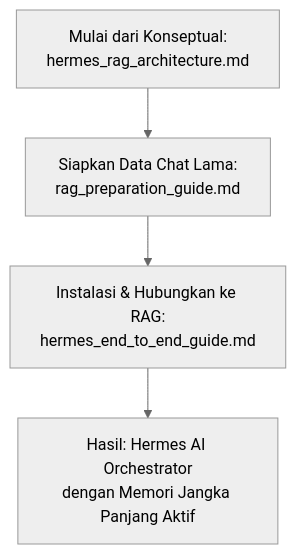
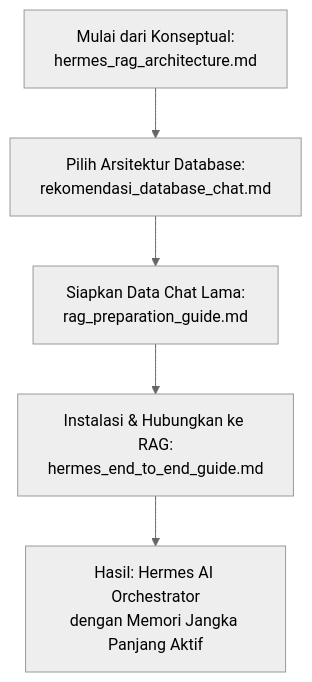
Before and after one commit to jovancamorris/hermes-knowledge: the diagram in README.md, drawn with Mermaid (neutral theme). The commit also changed other lines of this file and 1 other file, not shown here.

Commit message:
docs: add architectural theory and database selection guide to repository documentation

````diff
--- a/README.md
+++ b/README.md
@@ -29,6 +33,7 @@
 ```mermaid
 graph TD
-    A["Mulai dari Konseptual:<br/>hermes_rag_architecture.md"] --> B["Siapkan Data Chat Lama:<br/>rag_preparation_guide.md"]
+    A["Mulai dari Konseptual:<br/>hermes_rag_architecture.md"] --> A2["Pilih Arsitektur Database:<br/>rekomendasi_database_chat.md"]
+    A2 --> B["Siapkan Data Chat Lama:<br/>rag_preparation_guide.md"]
     B --> C["Instalasi & Hubungkan ke RAG:<br/>hermes_end_to_end_guide.md"]
     C --> D["Hasil: Hermes AI Orchestrator<br/>dengan Memori Jangka Panjang Aktif"]
 ```
````
